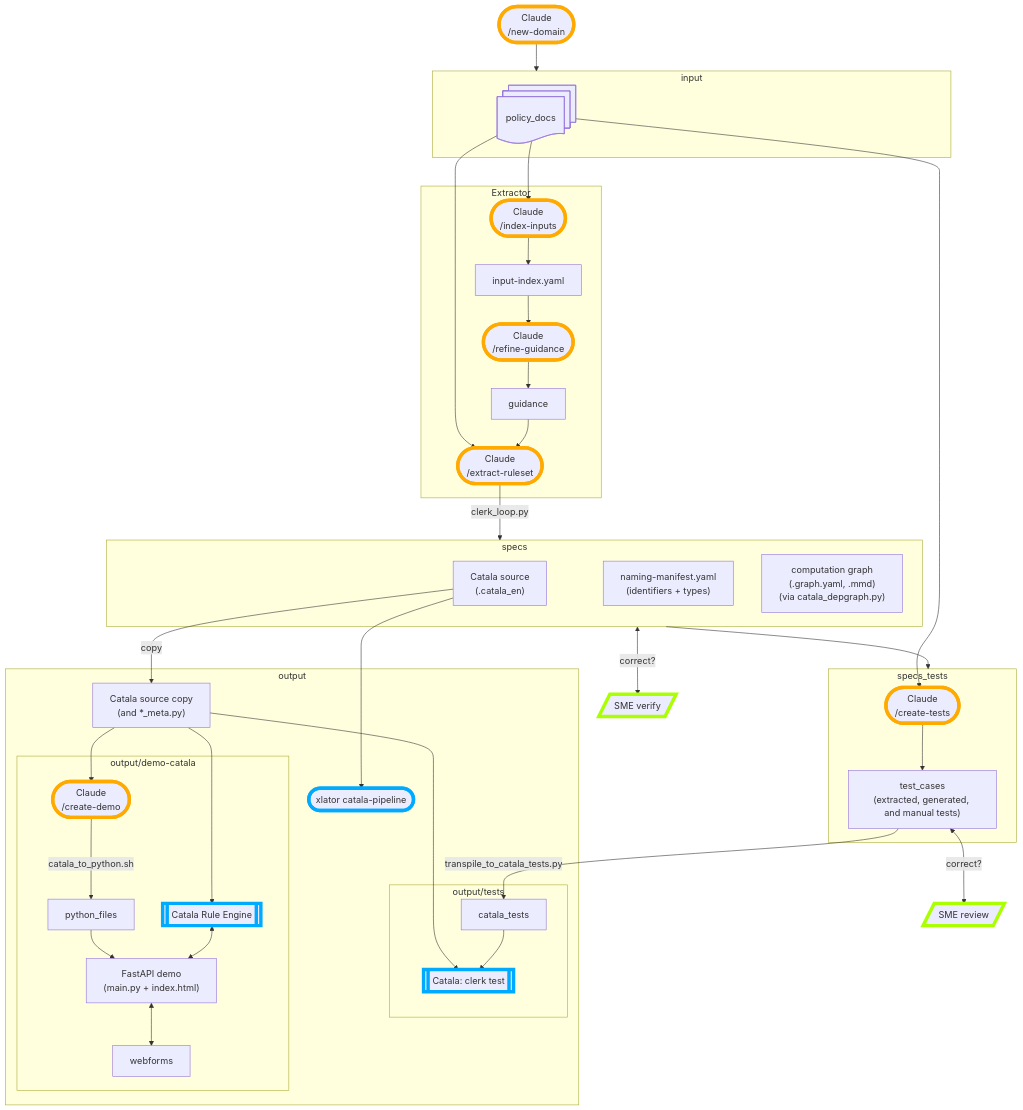
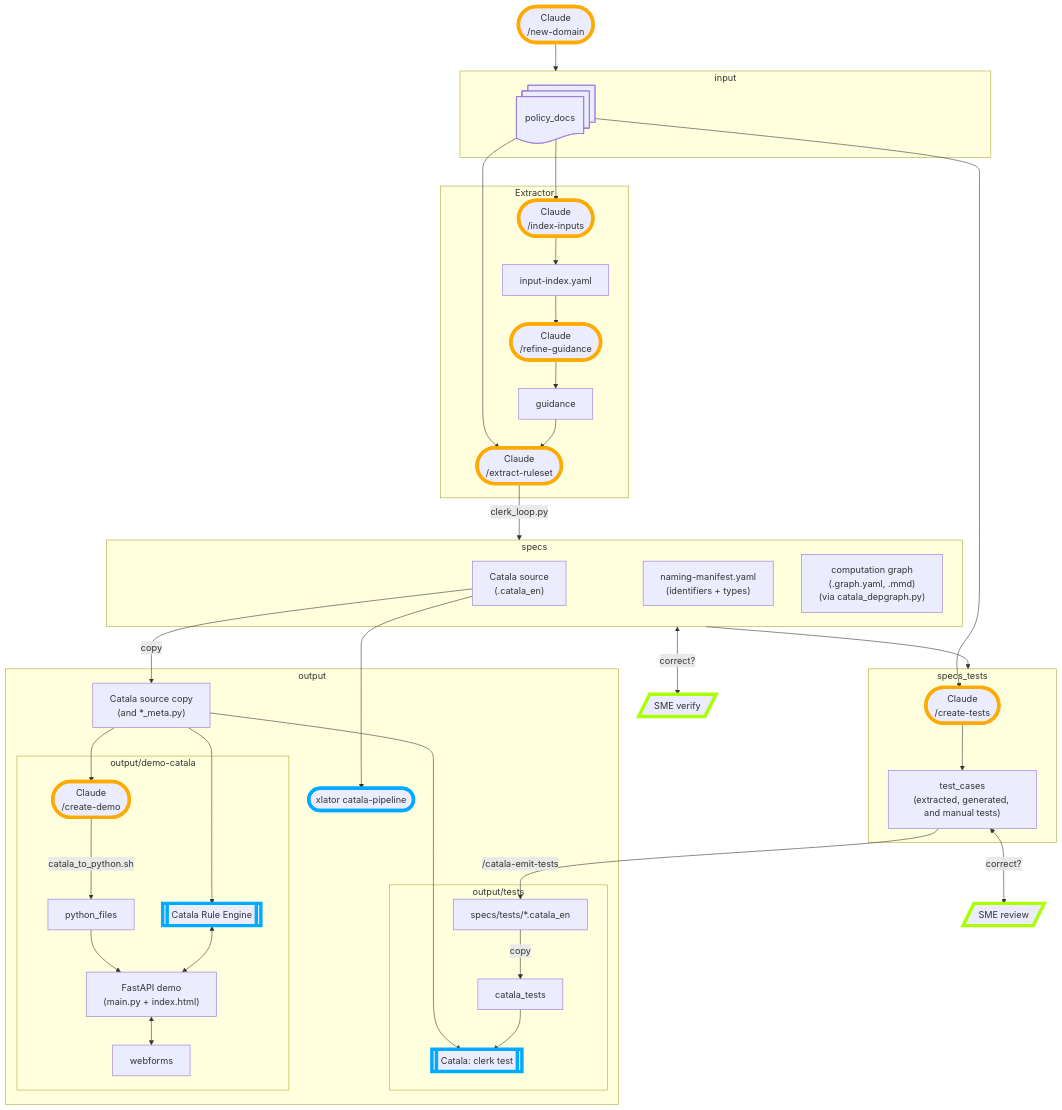
Before and after one commit to navapbc/lockpicks-xlator-plugin: the second of 2 diagrams in README.md, drawn with Mermaid. The commit also changed other lines of this file and 10 other files, not shown here.

First line of the commit message:
docs: U7 scrub references to retired transpile_to_catala_tests + catala-test-transpile

````diff
--- a/README.md
+++ b/README.md
@@ -218,64 +217,65 @@
 ```mermaid
 flowchart TD
 
 claude_domain(["Claude\n/new-domain"]):::claudeShape
 claude_domain --> input
 subgraph input
     policy_docs@{shape: docs}
 end
 
 policy_docs --> claude_index & claude_extract & claude_tests
 subgraph Extractor
     claude_index(["Claude\n/index-inputs"]):::claudeShape
     claude_guidance(["Claude\n/refine-guidance"]):::claudeShape
     claude_extract(["Claude\n/extract-ruleset"]):::claudeShape
     claude_index --> index[input-index.yaml] --> claude_guidance
     claude_guidance --> ai_guidance[guidance]
     ai_guidance --> claude_extract
 end
 
 claude_extract --clerk_loop.py--> specs
 
 subgraph specs
     catala_source["Catala source\n(.catala_en)"]
     naming_manifest["naming-manifest.yaml\n(identifiers + types)"]
     computation_graph["computation graph\n(.graph.yaml, .mmd)\n(via catala_depgraph.py)"]
 end
 specs <--correct?--> sme_verify[/SME verify/]:::smeShape
 
 specs --> specs_tests
 subgraph specs_tests
     claude_tests(["Claude\n/create-tests"]):::claudeShape
     claude_tests --> test_cases["test_cases\n(extracted, generated, and manual tests)"]
 end
 test_cases <--correct?--> sme_review[/SME review/]:::smeShape
 
 catala_source ---> catala_pipeline
 
 subgraph output["output"]
     catala_copy["Catala source copy\n(and *_meta.py)"]
     catala_pipeline(["xlator catala-pipeline"]):::toolShape
     catala_source --copy--> catala_copy
     catala_copy --> clerk_test
 
     subgraph catala_testing["output/tests"]
-        test_cases --transpile_to_catala_tests.py--> catala_tests
+        test_cases --/catala-emit-tests--> tests_authored["specs/tests/*.catala_en"]
+        tests_authored --copy--> catala_tests
         catala_tests --> clerk_test[["Catala: clerk test"]]:::toolShape
     end
 
     catala_copy --> catala_engine[["Catala Rule Engine"]]:::toolShape
     catala_copy --> claude_create_demo
 
     subgraph demo["output/demo-catala"]
         claude_create_demo(["Claude\n/create-demo"]):::claudeShape
         claude_create_demo --catala_to_python.sh--> python_files
         python_files --> demo_app["FastAPI demo\n(main.py + index.html)"]
         catala_engine <--> demo_app <--> webforms
     end
 
 end
 
 classDef claudeShape stroke:#FFAA00,stroke-width:6px;
 classDef smeShape stroke:#AAFF00,stroke-width:6px;
 classDef toolShape stroke:#00AAFF,stroke-width:6px;
 ```
````
